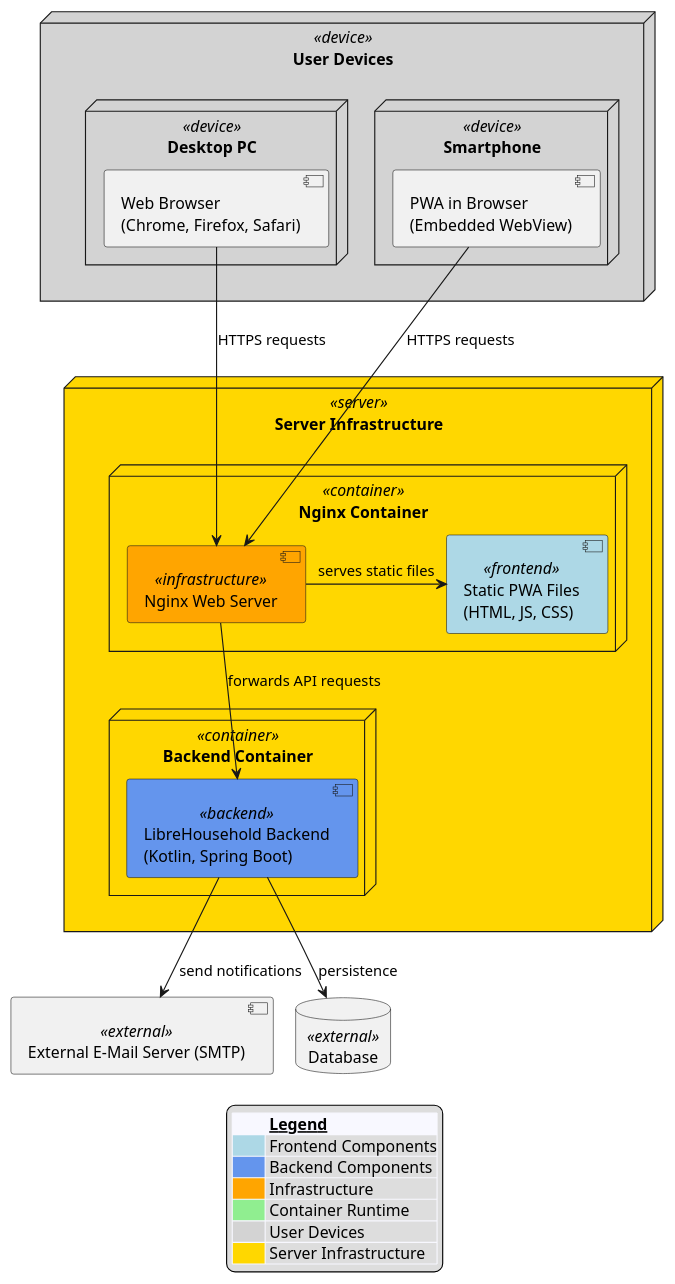
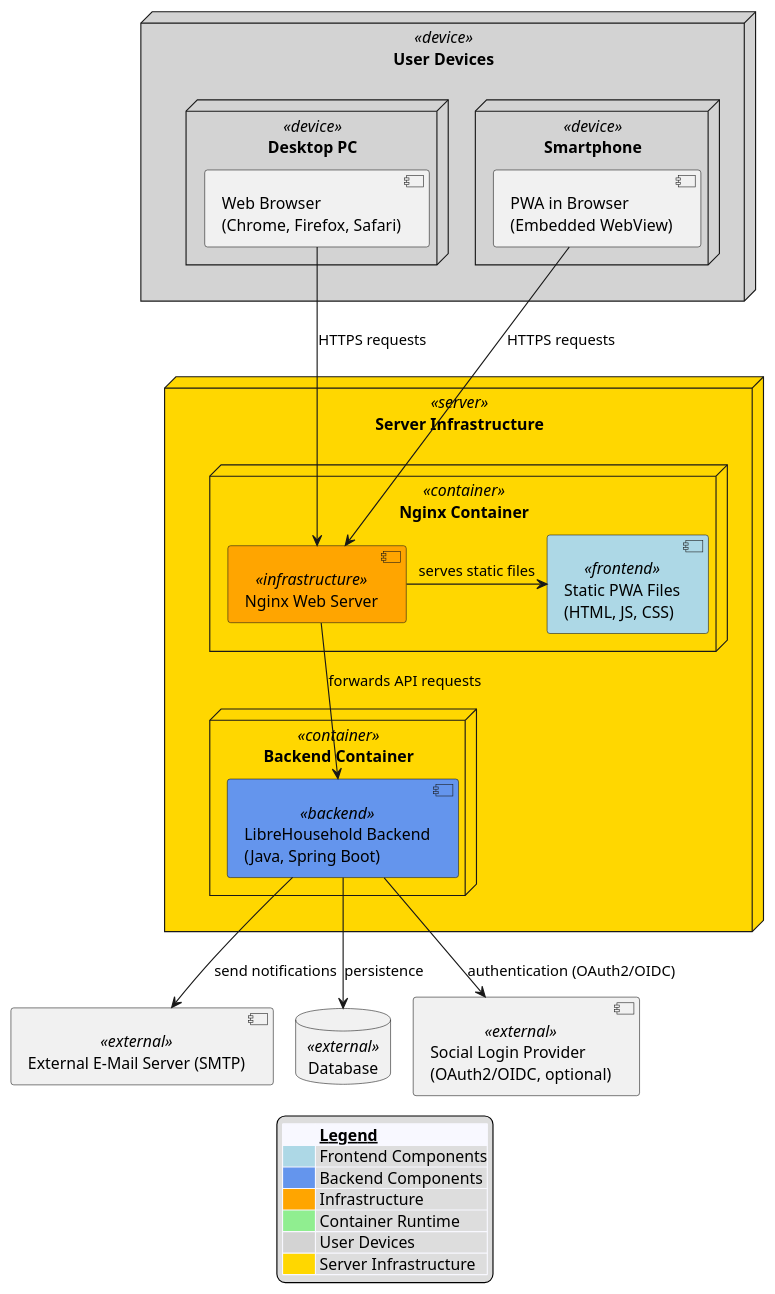
One commit to Nicklas2751/LibreHousehold changed the diagram in docs/architecture/images/deployment_view.puml. Above: the diagram before and after it, drawn with PlantUML. The commit also changed 8 other files, not shown here.

```diff
--- a/docs/architecture/images/deployment_view.puml
+++ b/docs/architecture/images/deployment_view.puml
@@ -1,64 +1,66 @@
 @startuml
 skinparam componentFontColor automatic
 skinparam component {
   backgroundColor<<frontend>> LightBlue
   backgroundColor<<backend>> CornflowerBlue
   backgroundColor<<infrastructure>> Orange
   backgroundColor<<container>> LightGreen
 }
 skinparam node {
   backgroundColor<<device>> LightGray
   backgroundColor<<server>> Gold
 }
 skinparam nodesep 20
 skinparam ranksep 30
 
 node "User Devices" <<device>> as devices {
   node "Desktop PC" <<device>> as pc {
     component "Web Browser\n(Chrome, Firefox, Safari)" as browser_pc
   }
   node "Smartphone" <<device>> as smartphone {
     component "PWA in Browser\n(Embedded WebView)" as browser_mobile
   }
 
 }
 
 node "Server Infrastructure" <<server>> as server {
   node "Backend Container" <<container>> as backend_container {
-    component "LibreHousehold Backend\n(Kotlin, Spring Boot)" <<backend>> as backend
+    component "LibreHousehold Backend\n(Java, Spring Boot)" <<backend>> as backend
   }
 
   node "Nginx Container" <<container>> as nginx_container {
     component "Static PWA Files\n(HTML, JS, CSS)" <<frontend>> as pwa_files
     component "Nginx Web Server" <<infrastructure>> as nginx
   }
 }
 
 component "External E-Mail Server (SMTP)" <<external>> as mail_server
 database "Database" <<external>> as database
+component "Social Login Provider\n(OAuth2/OIDC, optional)" <<external>> as ext_auth
 
 
 ' Connections
 nginx -r-> pwa_files : "serves static files"
 nginx -d-> backend : "forwards API requests"
 
 browser_pc -d-> nginx : "HTTPS requests"
 browser_mobile -d-> nginx : "HTTPS requests"
 
 backend -d-> mail_server : "send notifications"
 backend -d-> database : "persistence"
+backend -d-> ext_auth : "authentication (OAuth2/OIDC)"
 
 ' Hidden connections for better layout
 devices -[hidden]d-> server
 
 legend bottom
   <#GhostWhite,#GhostWhite>|        |= __Legend__ |
   |<#LightBlue>  | Frontend Components|
   |<#CornflowerBlue>  | Backend Components|
   |<#Orange>  | Infrastructure|
   |<#LightGreen>  | Container Runtime|
   |<#LightGray>  | User Devices|
   |<#Gold>  | Server Infrastructure|
 end legend
 
 @enduml
```
